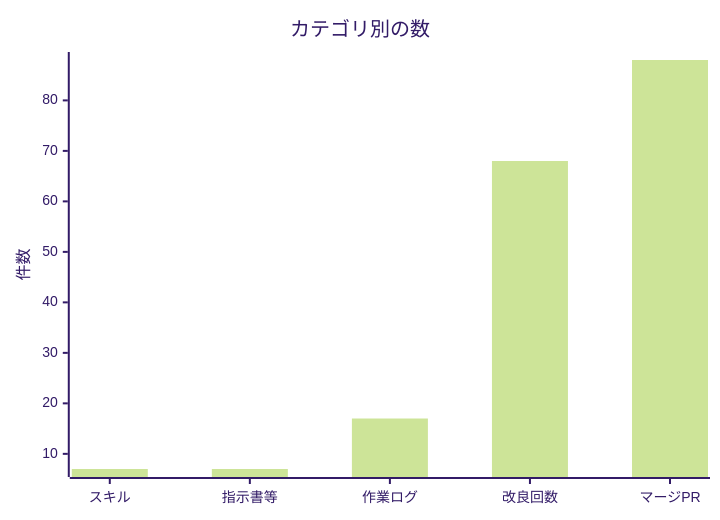
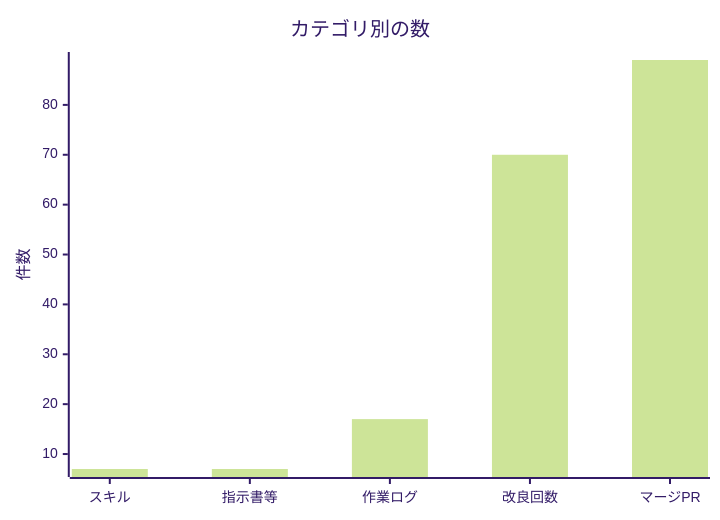
One commit to non-x2/non-x2 changed the second of 2 diagrams in docs/進化レポート.md. Above: the diagram before and after it, drawn with Mermaid (forest theme). The commit also changed other lines of this file and 3 other files, not shown here.

````diff
--- a/docs/進化レポート.md
+++ b/docs/進化レポート.md
@@ -33,7 +33,7 @@
 ```mermaid
 xychart-beta
     title "カテゴリ別の数"
     x-axis ["スキル", "指示書等", "作業ログ", "改良回数", "マージPR"]
     y-axis "件数"
-    bar [7, 7, 17, 68, 88]
+    bar [7, 7, 17, 70, 89]
 ```
````
